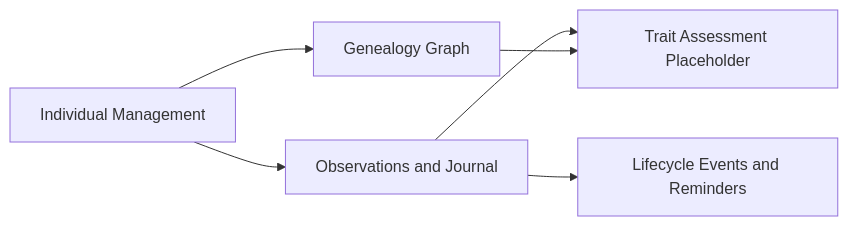
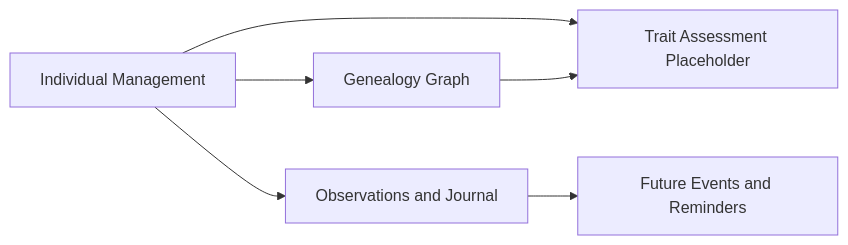
Before and after one commit to lyndametref/geep: the first of 2 diagrams in docs/domainModel.md, drawn with Mermaid. The commit also changed other lines of this file and 1 other file, not shown here.

````diff
--- a/docs/domainModel.md
+++ b/docs/domainModel.md
@@ -7,8 +7,8 @@
 ```mermaid
 graph LR
 	IndividualMgmt["Individual Management"] --> Genealogy["Genealogy Graph"]
 	IndividualMgmt --> Observations["Observations and Journal"]
-	Observations --> LifecyclePlanning["Lifecycle Events and Reminders"]
-	Observations --> TraitAssessment["Trait Assessment Placeholder"]
+	Observations --> FuturePlanning["Future Events and Reminders"]
+	IndividualMgmt --> TraitAssessment["Trait Assessment Placeholder"]
 	Genealogy --> TraitAssessment
 ```
````
